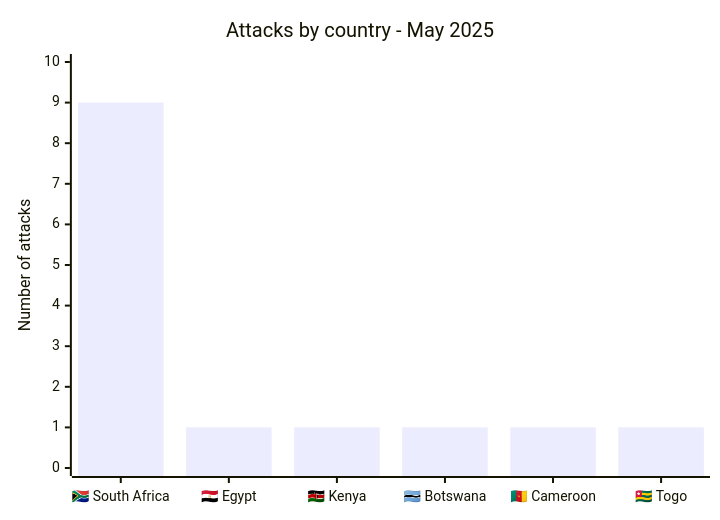
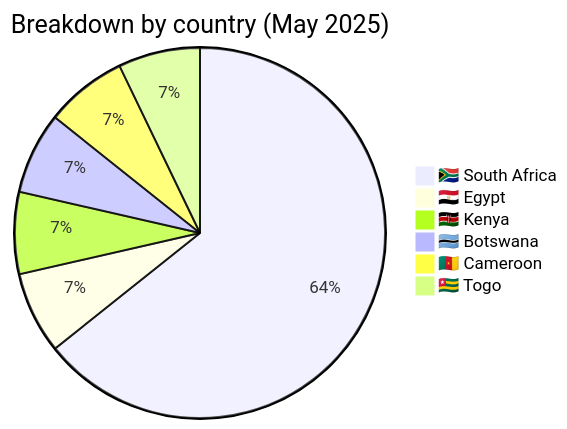
One commit to Hatchepsoute/AFRINTEL changed the third of 4 diagrams in reports/2025/05-may/README.md. Above: the diagram before and after it, drawn with Mermaid. The commit also changed other lines of this file and 2 other files, not shown here.

````diff
--- a/reports/2025/05-may/README.md
+++ b/reports/2025/05-may/README.md
@@ -65,7 +83,9 @@
 ```mermaid
-xychart-beta
-    title "Attacks by country - May 2025"
-    x-axis ["🇿🇦 South Africa", "🇪🇬 Egypt", "🇰🇪 Kenya", "🇧🇼 Botswana", "🇨🇲 Cameroon", "🇹🇬 Togo"]
-    y-axis "Number of attacks" 0 --> 10
-    bar [9, 1, 1, 1, 1, 1]
+pie title Breakdown by country (May 2025)
+    "🇿🇦 South Africa" : 9
+    "🇪🇬 Egypt" : 1
+    "🇰🇪 Kenya" : 1
+    "🇧🇼 Botswana" : 1
+    "🇨🇲 Cameroon" : 1
+    "🇹🇬 Togo" : 1
 ```
````
